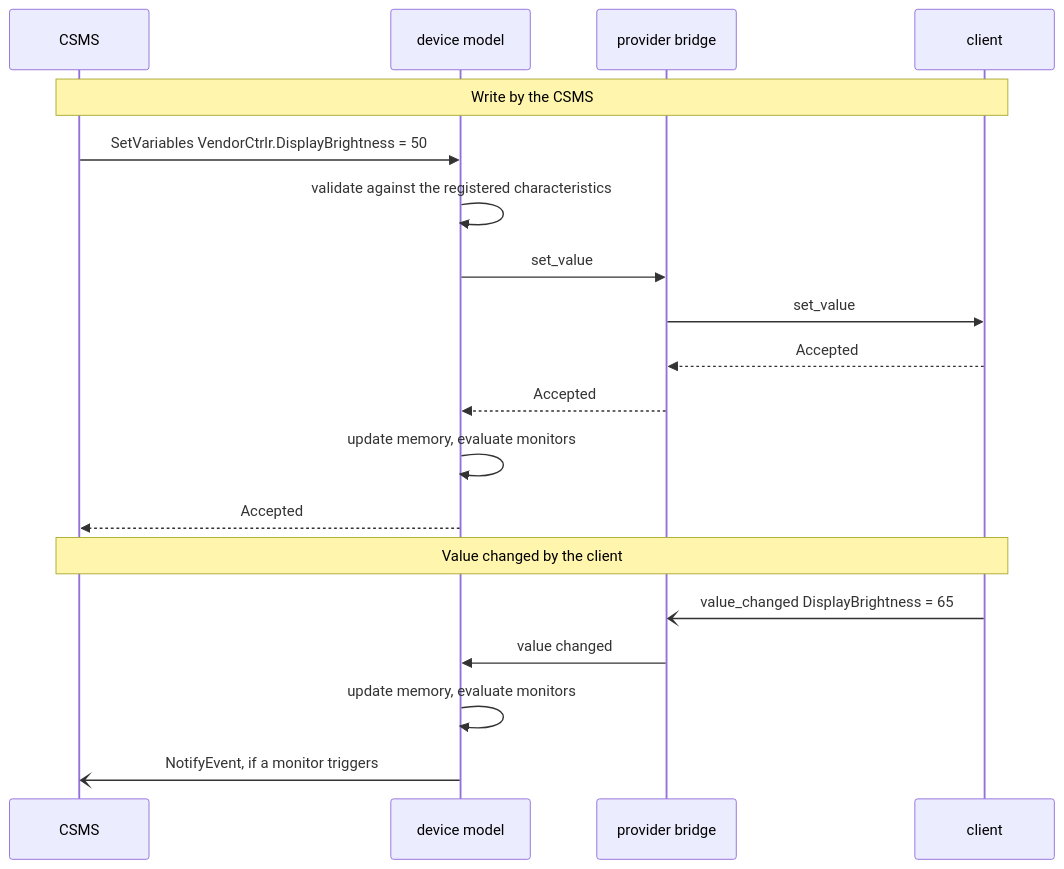
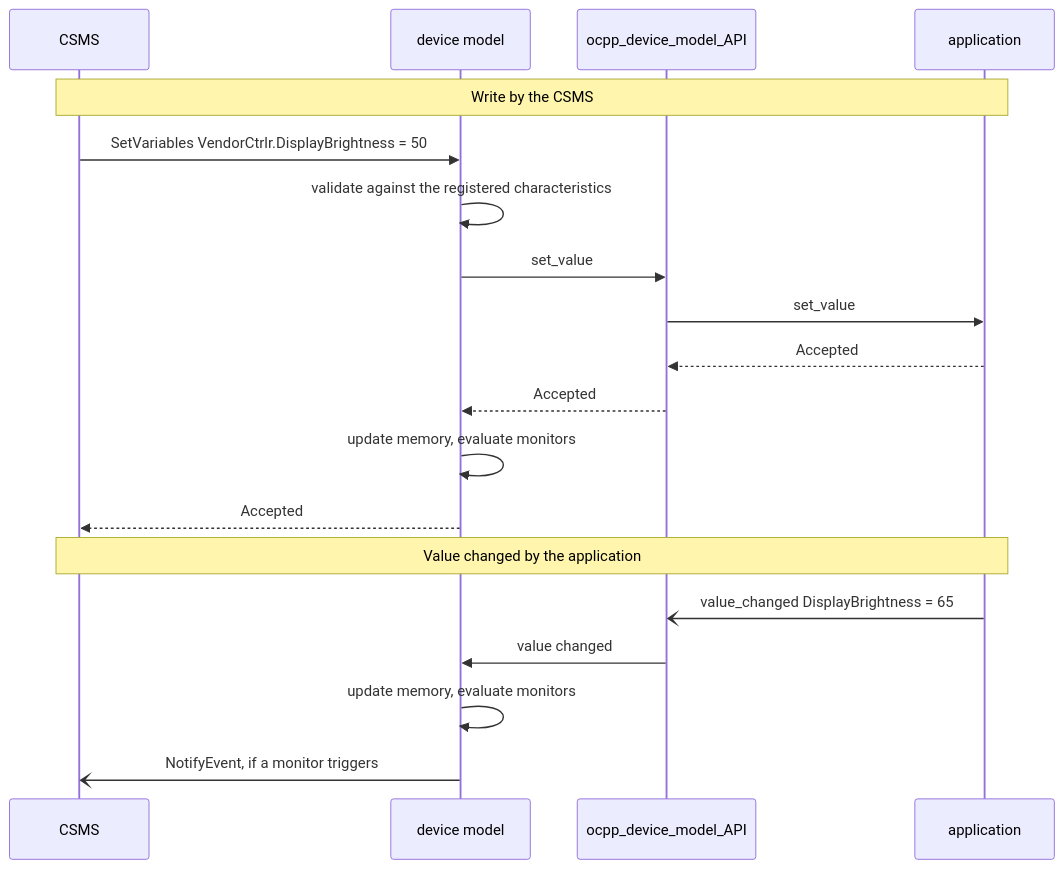
Before and after one commit to EVerest/EVerest: the fifth of 5 diagrams in modules/EVSE/OCPPmulti/docs/device_model.rst, drawn with Mermaid. The commit also changed other lines of this file and 11 other files, not shown here.

```diff
--- a/modules/EVSE/OCPPmulti/docs/device_model.rst
+++ b/modules/EVSE/OCPPmulti/docs/device_model.rst
@@ -482,21 +498,21 @@
 .. mermaid::
 
    sequenceDiagram
        participant CSMS
        participant DM as device model
-       participant BR as provider bridge
-       participant C as client
+       participant BR as ocpp_device_model_API
+       participant C as application
        Note over CSMS,C: Write by the CSMS
        CSMS->>DM: SetVariables VendorCtrlr.DisplayBrightness = 50
        DM->>DM: validate against the registered characteristics
        DM->>BR: set_value
        BR->>C: set_value
        C-->>BR: Accepted
        BR-->>DM: Accepted
        DM->>DM: update memory, evaluate monitors
        DM-->>CSMS: Accepted
-       Note over CSMS,C: Value changed by the client
+       Note over CSMS,C: Value changed by the application
        C-)BR: value_changed DisplayBrightness = 65
        BR->>DM: value changed
        DM->>DM: update memory, evaluate monitors
        DM-)CSMS: NotifyEvent, if a monitor triggers
```
